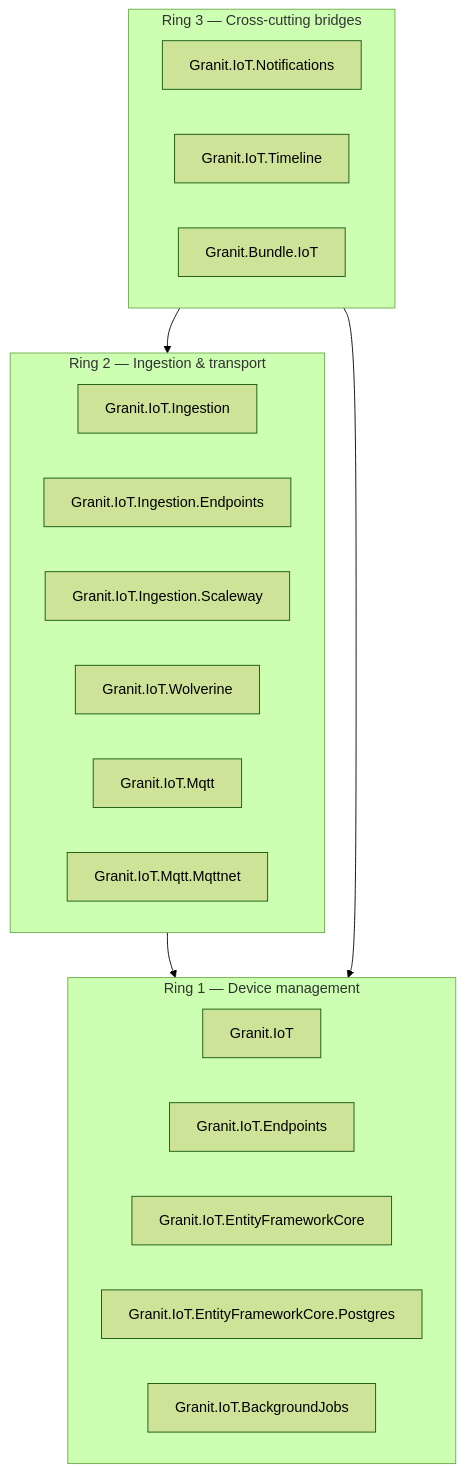
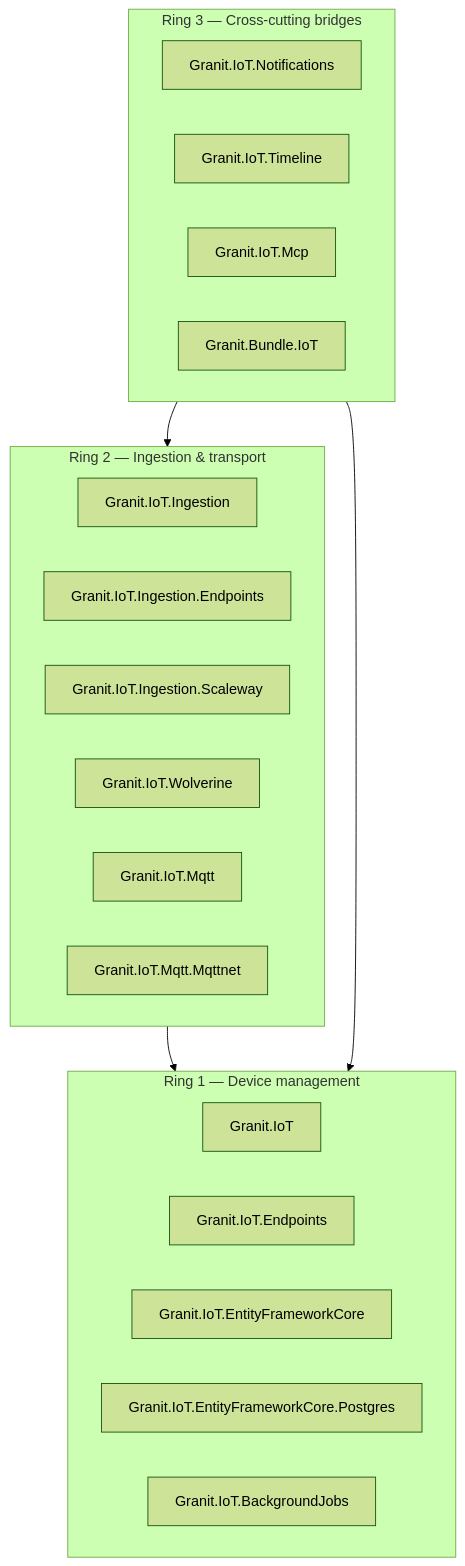
The first of 2 diagrams in docs/architecture.md (granit-fx/granit-iot), drawn with Mermaid (forest theme) before and after one commit. The commit also changed other lines of this file and 19 other files, not shown here.

````diff
--- a/docs/architecture.md
+++ b/docs/architecture.md
@@ -42,26 +42,27 @@
 ```mermaid
 flowchart TB
   subgraph R3["Ring 3 — Cross-cutting bridges"]
     N["Granit.IoT.Notifications"]
     T["Granit.IoT.Timeline"]
+    MCP["Granit.IoT.Mcp"]
     B["Granit.Bundle.IoT"]
   end
   subgraph R2["Ring 2 — Ingestion & transport"]
     I["Granit.IoT.Ingestion"]
     IE["Granit.IoT.Ingestion.Endpoints"]
     IS["Granit.IoT.Ingestion.Scaleway"]
     W["Granit.IoT.Wolverine"]
     M["Granit.IoT.Mqtt"]
     MM["Granit.IoT.Mqtt.Mqttnet"]
   end
   subgraph R1["Ring 1 — Device management"]
     IOT["Granit.IoT"]
     EP["Granit.IoT.Endpoints"]
     EF["Granit.IoT.EntityFrameworkCore"]
     EFP["Granit.IoT.EntityFrameworkCore.Postgres"]
     BJ["Granit.IoT.BackgroundJobs"]
   end
   R2 --> R1
   R3 --> R2
   R3 --> R1
 ```
````
